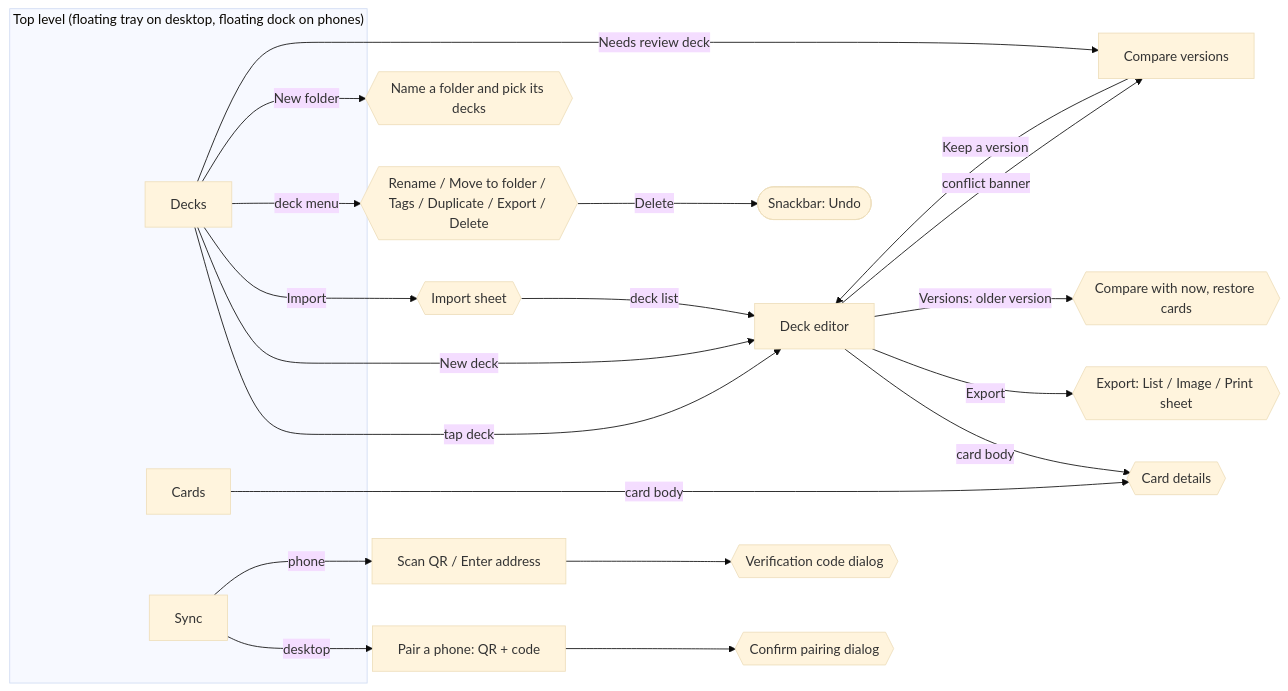
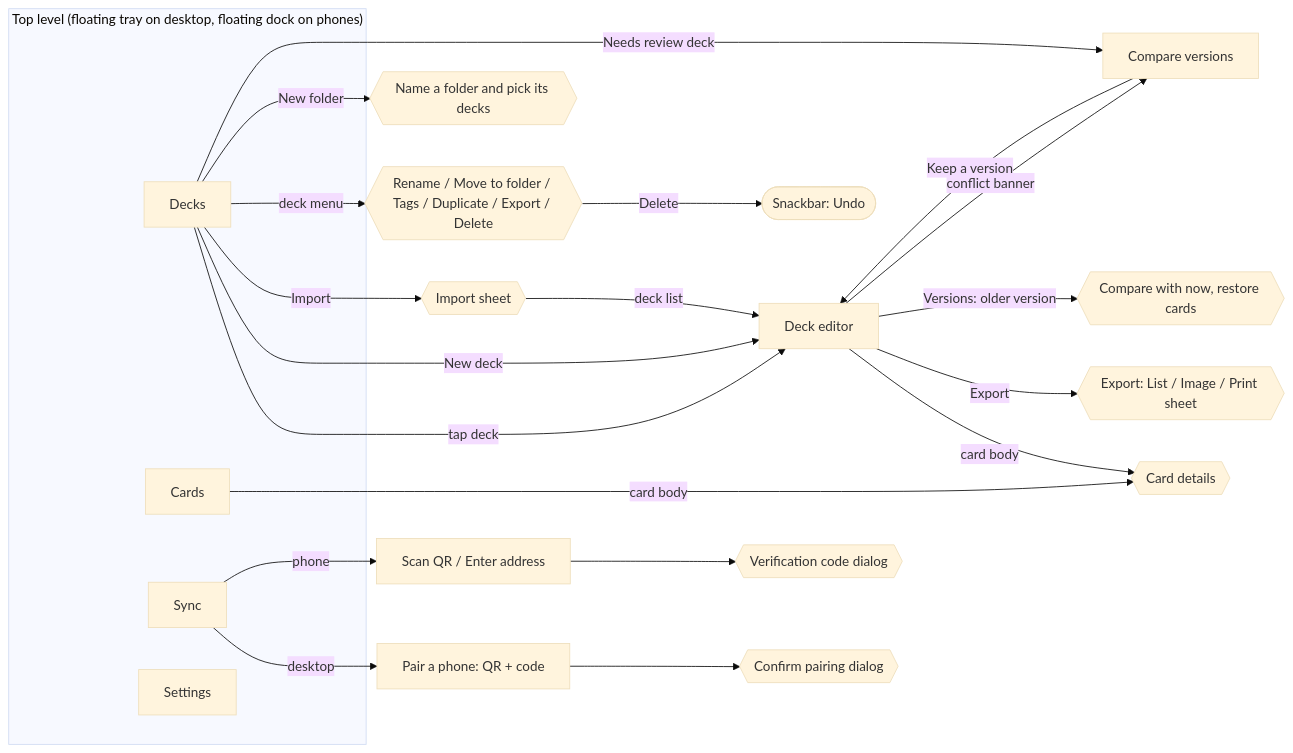
One commit to tsunsora/lock-on changed the diagram in docs/UX_MAP.md. Above: the diagram before and after it, drawn with Mermaid (base theme). The commit also changed other lines of this file and 7 other files, not shown here.

````diff
--- a/docs/UX_MAP.md
+++ b/docs/UX_MAP.md
@@ -7,30 +7,31 @@
 ```mermaid
 flowchart LR
     subgraph Top["Top level (floating tray on desktop, floating dock on phones)"]
         D[Decks]
         C[Cards]
         S[Sync]
+        ST[Settings]
     end
 
     D -->|tap deck| E[Deck editor]
     D -->|New deck| E
     D -->|Import| IMP{{Import sheet}}
     IMP -->|deck list| E
     D -->|deck menu| DM{{Rename / Move to folder / Tags / Duplicate / Export / Delete}}
     DM -->|Delete| UNDO([Snackbar: Undo])
     D -->|New folder| NF{{Name a folder and pick its decks}}
     D -->|"Needs review" deck| X[Compare versions]
 
     E -->|card body| CD{{Card details}}
     E -->|Export| EXP{{Export: List / Image / Print sheet}}
     E -->|Versions: older version| VC{{Compare with now, restore cards}}
     E -->|conflict banner| X
     X -->|Keep a version| E
 
     C -->|card body| CD
 
     S -->|desktop| QR[Pair a phone: QR + code]
     S -->|phone| SC[Scan QR / Enter address]
     QR --> CONF{{Confirm pairing dialog}}
     SC --> VER{{Verification code dialog}}
 ```
````
